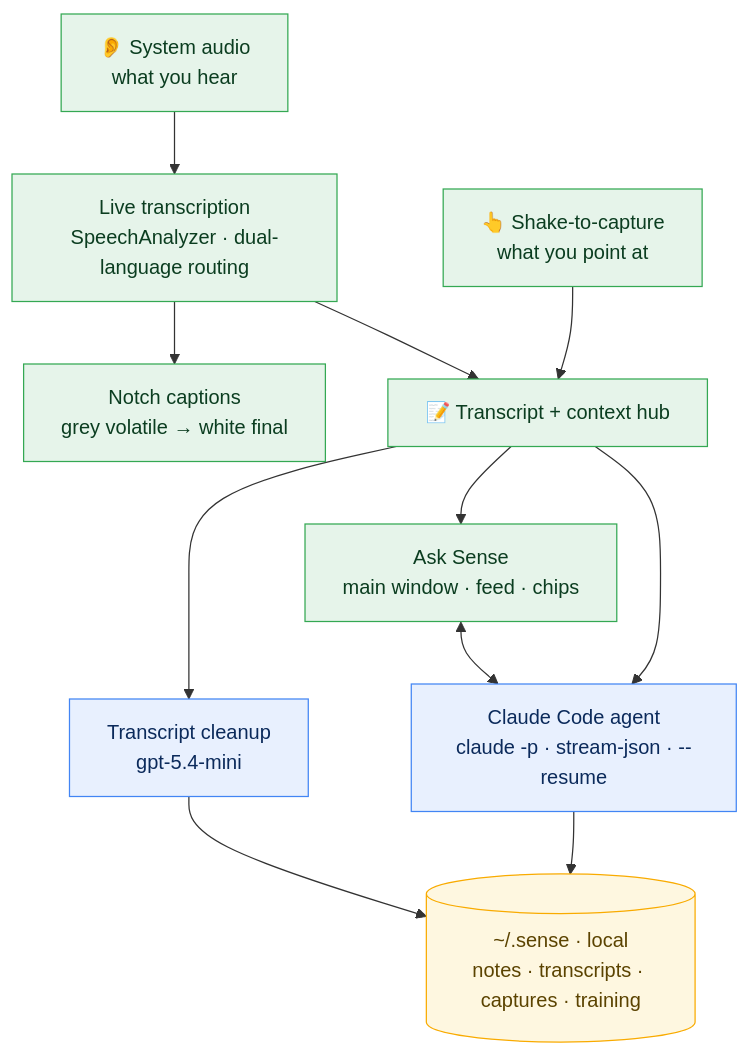
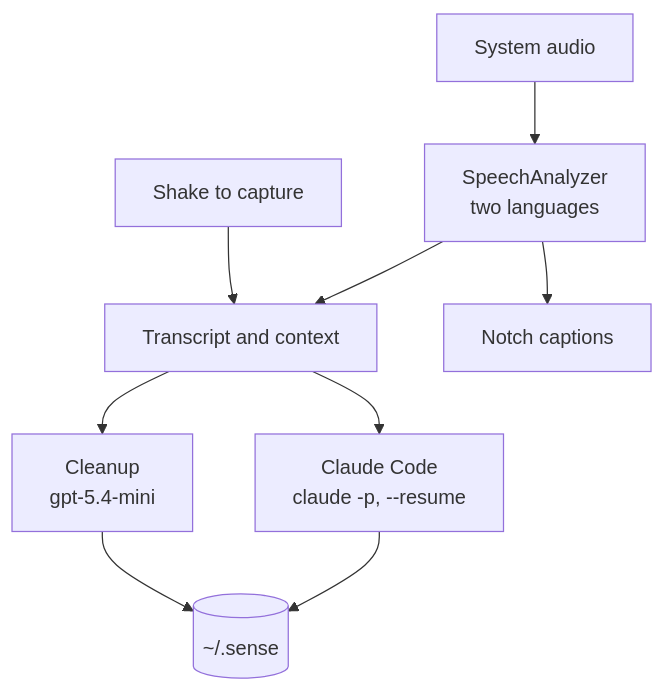
Before and after one commit to zyx1121/sense: the diagram in README.md, drawn with Mermaid. The commit also changed other lines of this file and 4 other files, not shown here.

````diff
--- a/README.md
+++ b/README.md
@@ -66,30 +59,11 @@
 ```mermaid
 flowchart TD
-    ear["👂 System audio<br/>what you hear"]
-    eye["👆 Shake-to-capture<br/>what you point at"]
-    asr["Live transcription<br/>SpeechAnalyzer · dual-language routing"]
-    notch["Notch captions<br/>grey volatile → white final"]
-    hub["📝 Transcript + context hub"]
-    polish["Transcript cleanup<br/>gpt-5.4-mini"]
-    agent["Claude Code agent<br/>claude -p · stream-json · --resume"]
-    ui["Ask Sense<br/>main window · feed · chips"]
-    disk[("~/.sense · local<br/>notes · transcripts · captures · training")]
-
-    ear --> asr
-    asr --> notch
+    ear["System audio"] --> asr["SpeechAnalyzer<br/>two languages"]
+    eye["Shake to capture"] --> hub["Transcript and context"]
+    asr --> notch["Notch captions"]
     asr --> hub
-    eye --> hub
-    hub --> polish
-    hub --> ui
-    ui <--> agent
-    hub --> agent
-    polish --> disk
+    hub --> polish["Cleanup<br/>gpt-5.4-mini"]
+    hub --> agent["Claude Code<br/>claude -p, --resume"]
+    polish --> disk[("~/.sense")]
     agent --> disk
-
-    classDef device fill:#e6f4ea,stroke:#34a853,color:#0b3d20;
-    classDef cloud fill:#e8f0fe,stroke:#4285f4,color:#0b2a5b;
-    classDef store fill:#fef7e0,stroke:#f9ab00,color:#5b4300;
-    class ear,eye,asr,notch,hub,ui device;
-    class polish,agent cloud;
-    class disk store;
 ```
````
